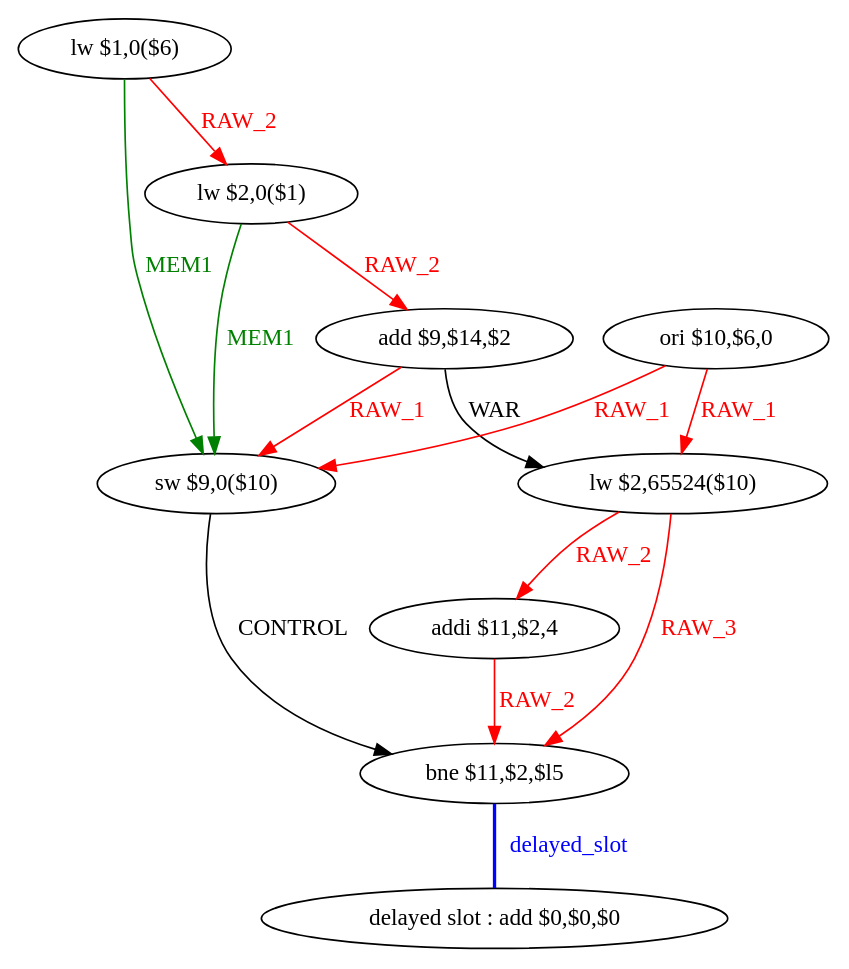
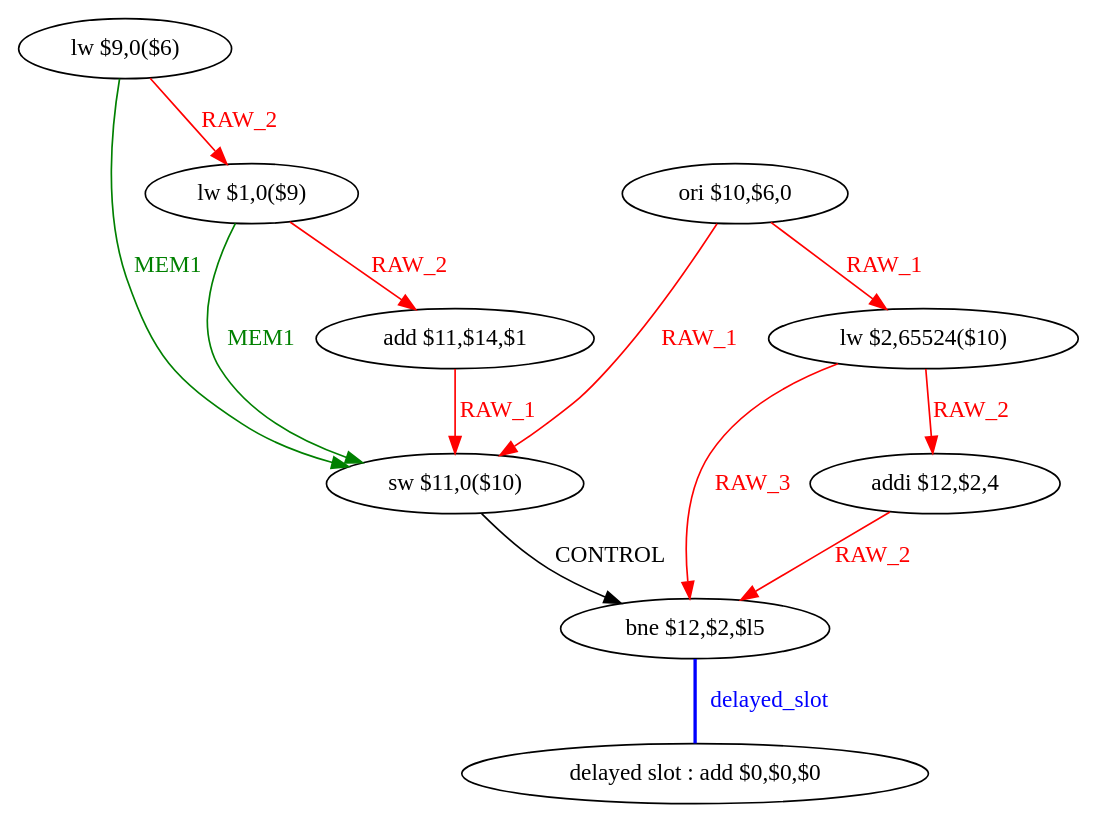
One commit to KatiaAMICHI/CompilationAvanc-e changed the diagram in CoursCA/CodeEtudiant2019/CodeEtudiant/tmp/test_td2_func_0_dfg_bb0_renamed.dot. Above: the diagram before and after it, drawn with Graphviz. The commit also changed 19 other files, not shown here.

```diff
--- a/CoursCA/CodeEtudiant2019/CodeEtudiant/tmp/test_td2_func_0_dfg_bb0_renamed.dot
+++ b/CoursCA/CodeEtudiant2019/CodeEtudiant/tmp/test_td2_func_0_dfg_bb0_renamed.dot
@@ -1,25 +1,24 @@
 digraph G1 {
 node [shape = ellipse];
 i8 [label = " delayed slot : add $0,$0,$0"] ;
 i7 ->  i8 [style = bold, dir= none, fontcolor = blue, color = blue, label= "delayed_slot"];
-i7 [label = "bne $11,$2,$l5"] ;
-i0 [label = "lw $1,0($6)"] ;
+i7 [label = "bne $12,$2,$l5"] ;
+i0 [label = "lw $9,0($6)"] ;
 i0 ->  i4 [color = green, fontcolor = green, label= "MEM1"];
 i0 ->  i1 [color = red, fontcolor = red, label= "RAW_2"];
-i4 [label = "sw $9,0($10)"] ;
+i4 [label = "sw $11,0($10)"] ;
 i4 ->  i7 [label= "CONTROL"];
-i1 [label = "lw $2,0($1)"] ;
+i1 [label = "lw $1,0($9)"] ;
 i1 ->  i4 [color = green, fontcolor = green, label= "MEM1"];
 i1 ->  i2 [color = red, fontcolor = red, label= "RAW_2"];
-i2 [label = "add $9,$14,$2"] ;
-i2 ->  i5 [label= "WAR"];
+i2 [label = "add $11,$14,$1"] ;
 i2 ->  i4 [color = red, fontcolor = red, label= "RAW_1"];
+i3 [label = "ori $10,$6,0"] ;
+i3 ->  i5 [color = red, fontcolor = red, label= "RAW_1"];
+i3 ->  i4 [color = red, fontcolor = red, label= "RAW_1"];
 i5 [label = "lw $2,65524($10)"] ;
 i5 ->  i7 [color = red, fontcolor = red, label= "RAW_3"];
 i5 ->  i6 [color = red, fontcolor = red, label= "RAW_2"];
-i6 [label = "addi $11,$2,4"] ;
+i6 [label = "addi $12,$2,4"] ;
 i6 ->  i7 [color = red, fontcolor = red, label= "RAW_2"];
-i3 [label = "ori $10,$6,0"] ;
-i3 ->  i5 [color = red, fontcolor = red, label= "RAW_1"];
-i3 ->  i4 [color = red, fontcolor = red, label= "RAW_1"];
 }
```
